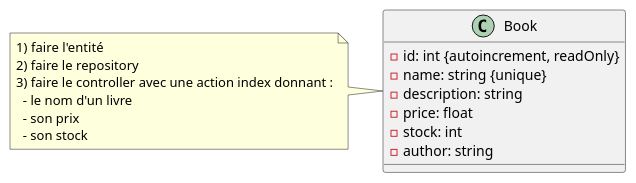
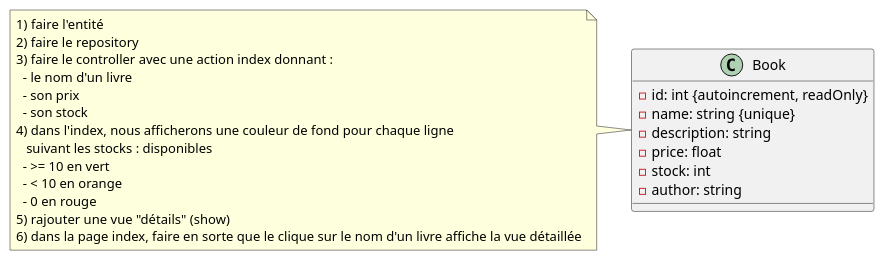
The diagram in doc/class.iuml (jponcy/symfo_itstart_2019), drawn with PlantUML before and after one commit. The commit also changed 9 other files, not shown here.

```diff
--- a/doc/class.iuml
+++ b/doc/class.iuml
@@ -1,21 +1,28 @@
 @startuml classes
 class Book {
     - id: int {autoincrement, readOnly}
     - name: string {unique}
     - description: string
     - price: float
     - stock: int
     - author: string
 }
 
 note as consign
     1) faire l'entité
     2) faire le repository
     3) faire le controller avec une action index donnant :
       - le nom d'un livre
       - son prix
       - son stock
+    4) dans l'index, nous afficherons une couleur de fond pour chaque ligne
+       suivant les stocks : disponibles
+      - >= 10 en vert
+      - < 10 en orange
+      - 0 en rouge
+    5) rajouter une vue "détails" (show)
+    6) dans la page index, faire en sorte que le clique sur le nom d'un livre affiche la vue détaillée
 endnote
 
 consign -> Book
 @enduml
```
